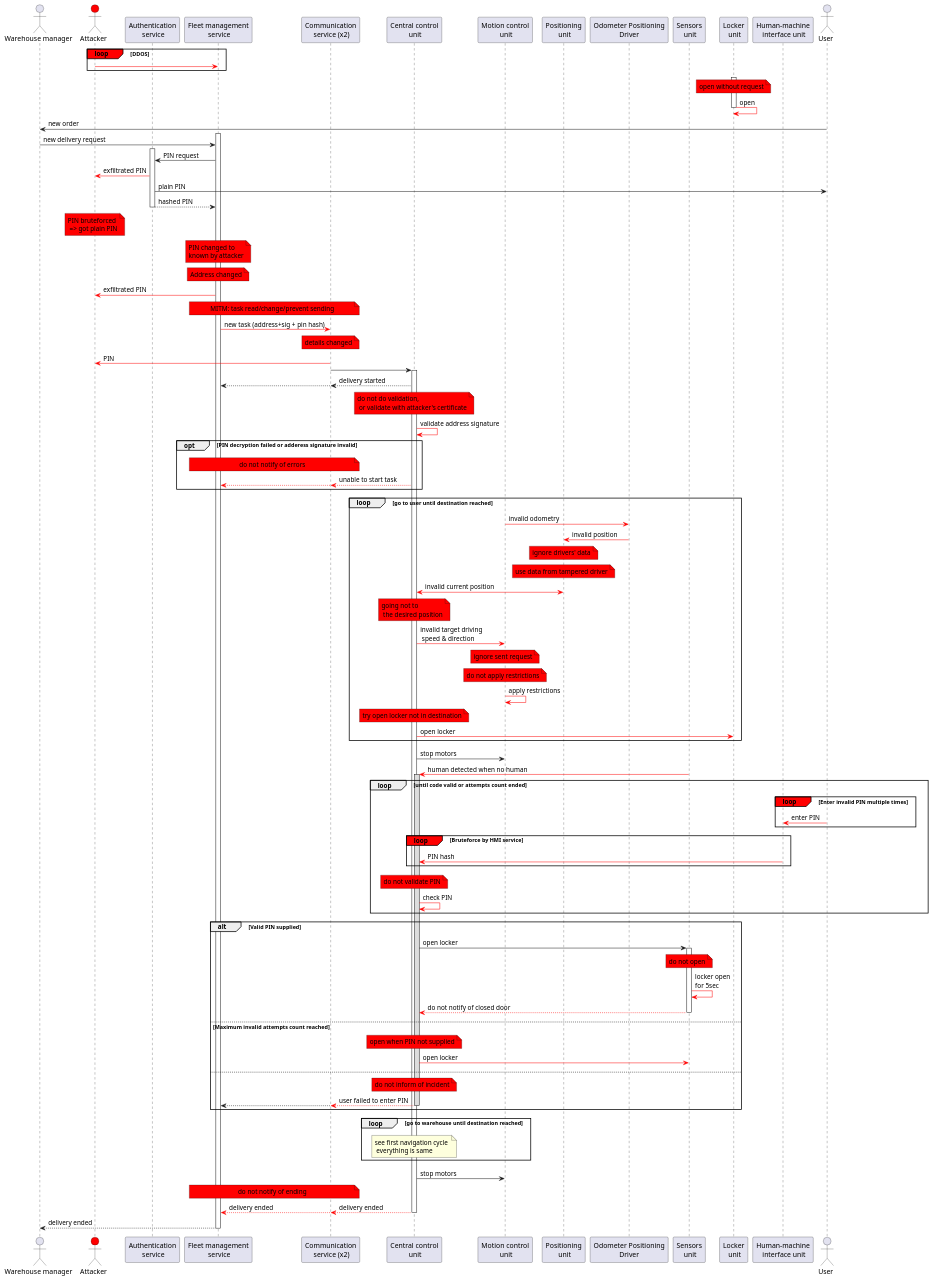
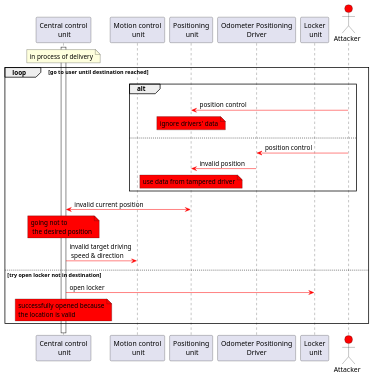
The diagram in docs/diagrams/scenarios/scenario11.puml (Losssaw3/cyberimmune-delivery-robot), drawn with PlantUML before and after one commit. The commit also changed 21 other files, not shown here.

Commit message:
negative sequence diagrams added

```diff
--- a/docs/diagrams/scenarios/scenario11.puml
+++ b/docs/diagrams/scenarios/scenario11.puml
@@ -1,143 +1,41 @@
 @startuml
 !pragma teoz true
 'autonumber
 
-actor "Warehouse manager" as WH
-actor "Attacker" as Att #red
-participant "Authentication\n service" as AS
-participant "Fleet management\n service" as FMS
-participant "Communication\n service (x2)" as CS
 participant "Central control\n unit" as CCU
 participant "Motion control\n unit" as MCU
 participant "Positioning\n unit" as PU
 participant "Odometer Positioning\nDriver" as OPD
-participant "Sensors\n unit" as SU
 participant "Locker\n unit" as LU
-participant "Human-machine\n interface unit" as HMI
-actor "User" as User
 
-loop#red DDOS
-Att     -[#red]> FMS
-end loop
-
-activate LU
-note over LU #red: open without request
-LU -[#red]> LU: open
-deactivate LU
-
-User    -> WH:      new order
-activate FMS
-WH      -> FMS:     new delivery request
-activate AS
-FMS     -> AS:      PIN request
-AS      -[#red]> Att:     exfiltrated PIN
-AS      -> User:    plain PIN
-AS     --> FMS:     hashed PIN
-deactivate AS
-
-note over Att #red: PIN bruteforced \n => got plain PIN
-note over FMS #red: PIN changed to \nknown by attacker
-note over FMS #red: Address changed
-FMS      -[#red]> Att:     exfiltrated PIN
-
-
-note over FMS, CS #red: MITM: task read/change/prevent sending
-FMS     -[#red]> CS:      new task (address+sig + pin hash)
-note over CS #red: details changed
-CS      -[#red]> Att:     PIN
-CS     -> CCU
+actor "Attacker" as Att #red
 
 activate CCU
-
-CCU    --> CS:      delivery started
-&CS    --> FMS:
-
-note over CCU #red: do not do validation,\n or validate with attacker's certificate
-CCU     -[#red]> CCU:     validate address signature
-
-opt PIN decryption failed or adderess signature invalid
-note over FMS, CS #red: do not notify of errors
-CCU    --[#red]> CS:      unable to start task
-&CS    --[#red]> FMS
-end opt
+note over CCU: in process of delivery
 
 loop go to user until destination reached
 
-MCU     -[#red]> OPD:      invalid odometry
+alt
+Att     -[#red]> PU: position control
+note over PU #red: ignore drivers' data
+else
+Att     -[#red]> OPD: position control
 OPD     -[#red]> PU:       invalid position
-note over PU #red: ignore drivers' data
 note over PU #red: use data from tampered driver
+end
+
 PU      <-[#red]> CCU:     invalid current position
 note over CCU #red: going not to\n the desired position
 CCU     -[#red]> MCU:      invalid target driving\n speed & direction
-note over MCU #red: ignore sent request
-note over MCU #red: do not apply restrictions
-MCU     -[#red]> MCU:       apply restrictions
 
-note over CCU #red: try open locker not in destination
+else try open locker not in destination
+
 CCU     -[#red]> LU:      open locker
+note over CCU #red: successfully opened because\nthe location is valid
+
 end
-
-
-CCU     -> MCU:     stop motors
-
-SU      -[#red]> CCU:     human detected when no human
-activate CCU #DDDDDD
-
-
-loop until code valid or attempts count ended
-loop#red Enter invalid PIN multiple times
-User    -[#red]> HMI:     enter PIN
-end
-
-loop#red Bruteforce by HMI service
-HMI     -[#red]> CCU:     PIN hash
-end
-
-note over CCU #red: do not validate PIN
-CCU     -[#red]> CCU:     check PIN
-end
-
-alt Valid PIN supplied
-
-CCU     -> SU:      open locker
-activate SU
-note over SU #red: do not open
-SU      -[#red]> SU:      locker open\nfor 5sec
-SU     -[#red]-> CCU:     do not notify of closed door
-deactivate SU
-
-else Maximum invalid attempts count reached
-
-note over CCU #red: open when PIN not supplied
-CCU  -[#red]> SU: open locker
-
-else
-
-note over CCU #red: do not inform of incident
-CCU    -[#red]-> CS:      user failed to enter PIN
-&CS    --> FMS
-
-deactivate CCU
-end
-
-loop go to warehouse until destination reached
-note over CCU: see first navigation cycle \n everything is same
-end
-
-CCU     -> MCU:     stop motors
-
-
-note over FMS, CS #red: do not notify of ending
-
-CCU     --[#red]> CS:     delivery ended
 
 deactivate CCU
 
-&CS     --[#red]> FMS:    delivery ended
-FMS    --> WH:     delivery ended
-
-deactivate FMS
-
 
 @enduml
```
